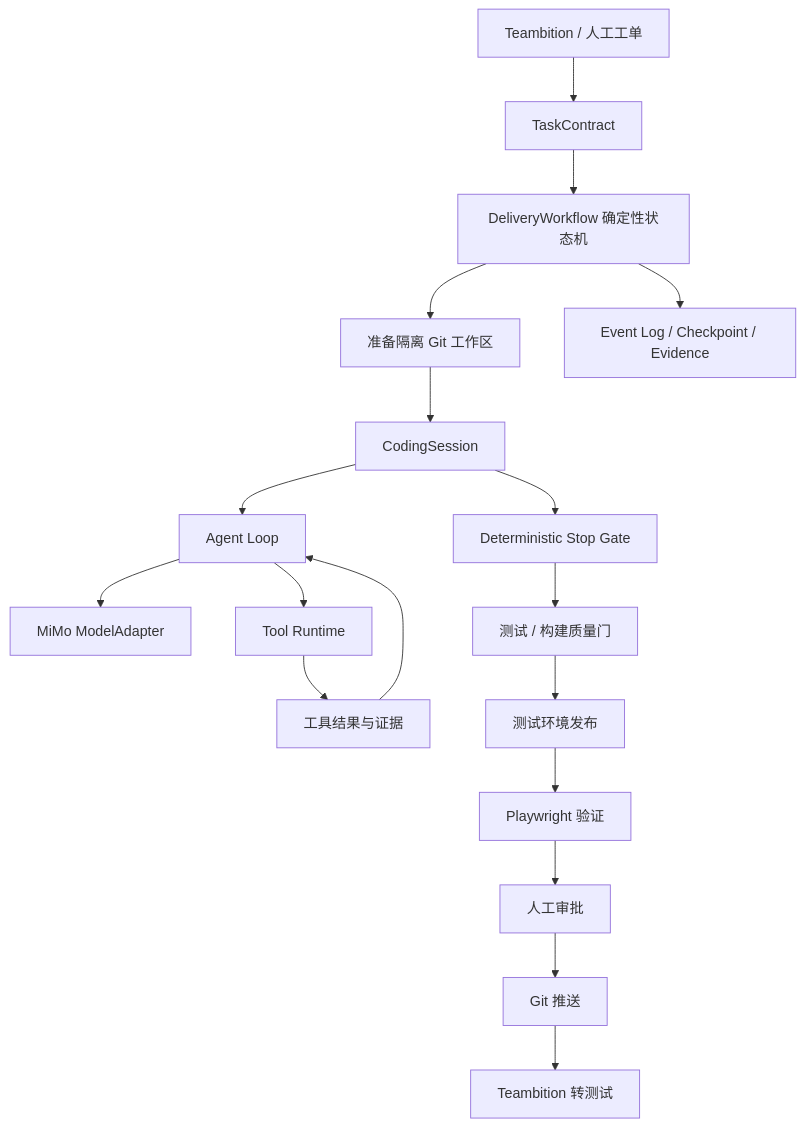
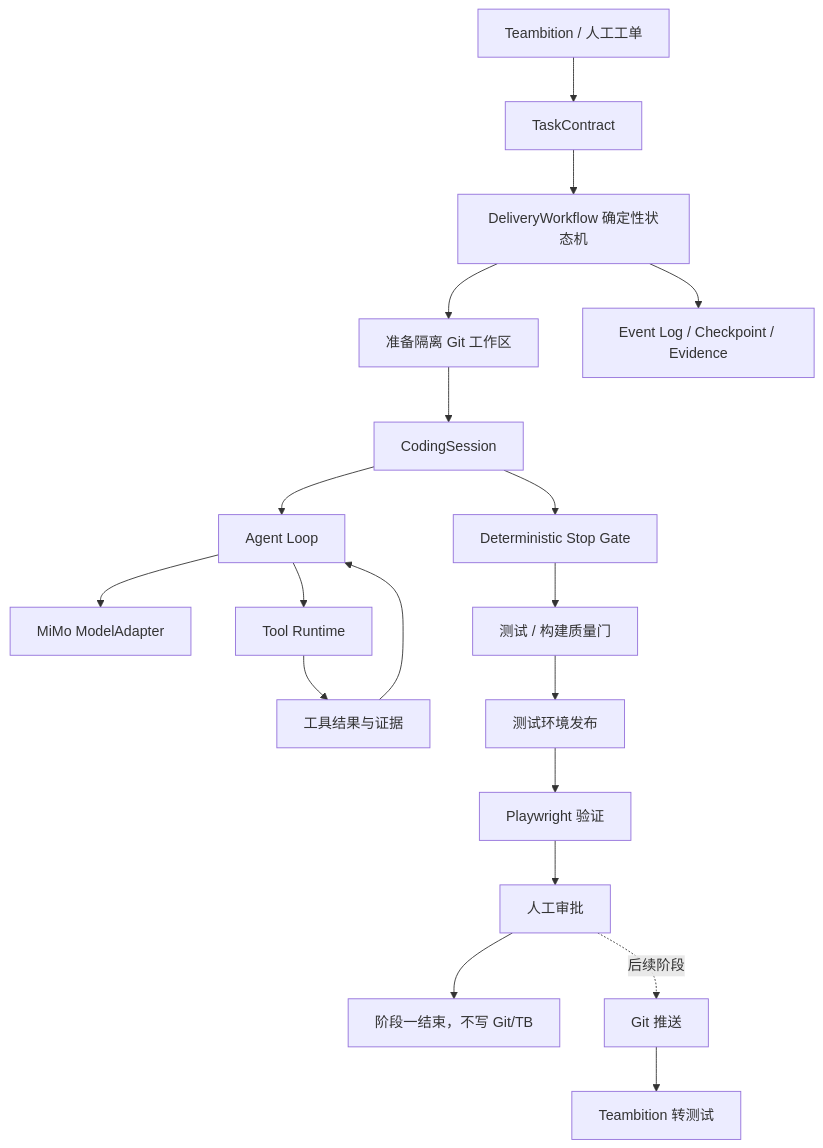
Before and after one commit to evillive771-hub/CodingAgent: the diagram in docs/architecture.md, drawn with Mermaid. The commit also changed other lines of this file and 159 other files, not shown here.

````diff
--- a/docs/architecture.md
+++ b/docs/architecture.md
@@ -17,20 +17,21 @@
 ```mermaid
 flowchart TD
     TB[Teambition / 人工工单] --> Contract[TaskContract]
     Contract --> Workflow[DeliveryWorkflow 确定性状态机]
     Workflow --> Workspace[准备隔离 Git 工作区]
     Workspace --> Coding[CodingSession]
     Coding --> Loop[Agent Loop]
     Loop --> Model[MiMo ModelAdapter]
     Loop --> Tools[Tool Runtime]
     Tools --> Observe[工具结果与证据]
     Observe --> Loop
     Coding --> Gate[Deterministic Stop Gate]
     Gate --> Quality[测试 / 构建质量门]
     Quality --> TestDeploy[测试环境发布]
     TestDeploy --> Browser[Playwright 验证]
     Browser --> Approval[人工审批]
-    Approval --> GitPush[Git 推送]
+    Approval --> Phase1Done[阶段一结束，不写 Git/TB]
+    Approval -. 后续阶段 .-> GitPush[Git 推送]
     GitPush --> TBUpdate[Teambition 转测试]
     Workflow --> Journal[Event Log / Checkpoint / Evidence]
 ```
````
